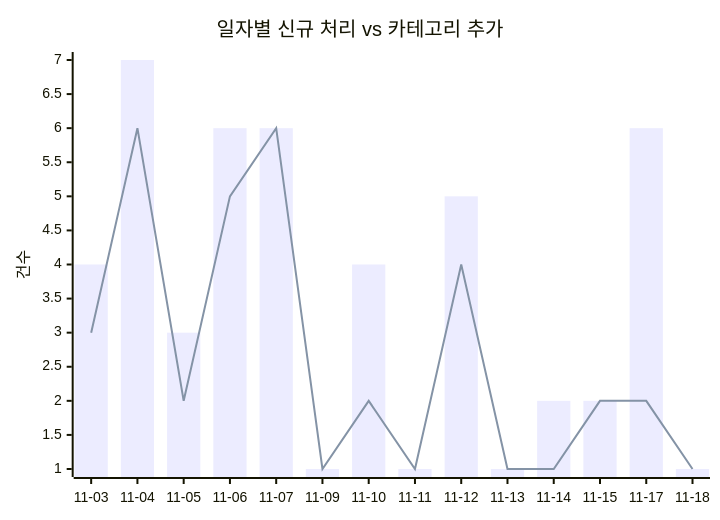
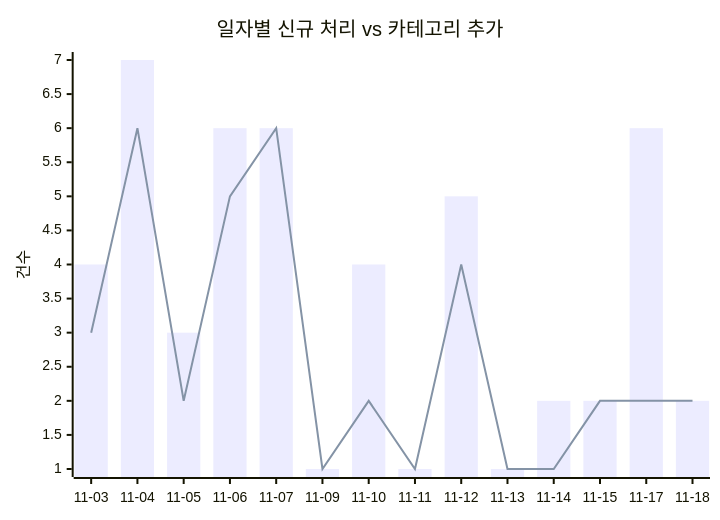
Before and after one commit to J-nowcow/awesome-korean-agent-skills: the first of 2 diagrams in docs/trends.md, drawn with Mermaid. The commit also changed other lines of this file and 4 other files, not shown here.

````diff
--- a/docs/trends.md
+++ b/docs/trends.md
@@ -32,8 +32,8 @@
 ```mermaid
 xychart-beta
     title "일자별 신규 처리 vs 카테고리 추가"
     x-axis ["11-03","11-04","11-05","11-06","11-07","11-09","11-10","11-11","11-12","11-13","11-14","11-15","11-17","11-18"]
     y-axis "건수"
-    bar [4,7,3,6,6,1,4,1,5,1,2,2,6,1]
-    line [3,6,2,5,6,1,2,1,4,1,1,2,2,1]
+    bar [4,7,3,6,6,1,4,1,5,1,2,2,6,2]
+    line [3,6,2,5,6,1,2,1,4,1,1,2,2,2]
 ```
````
